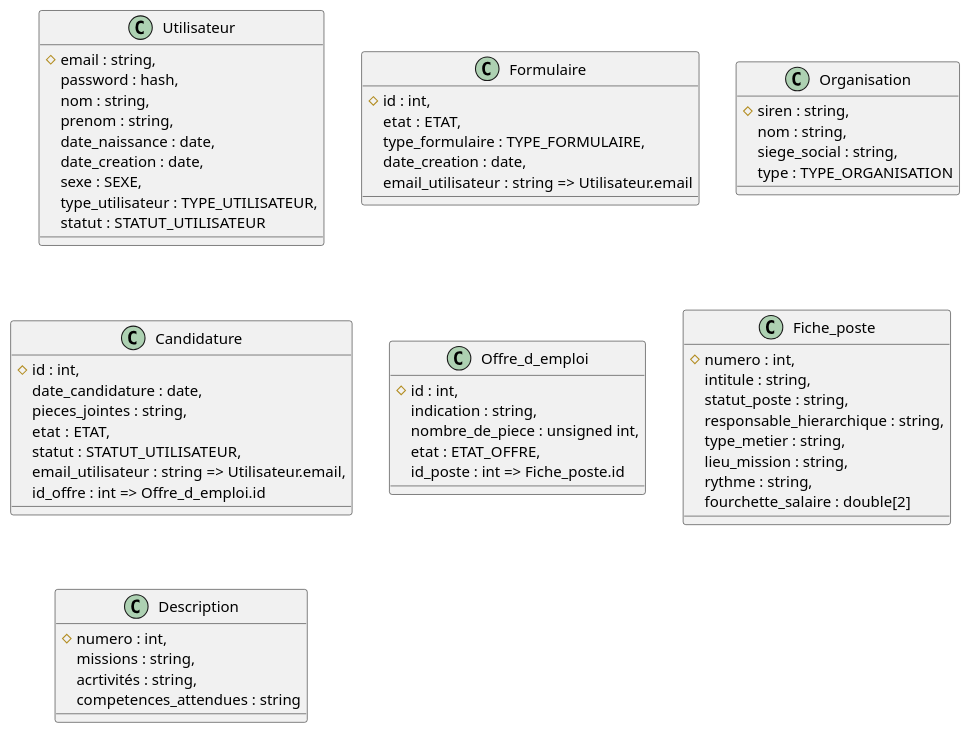
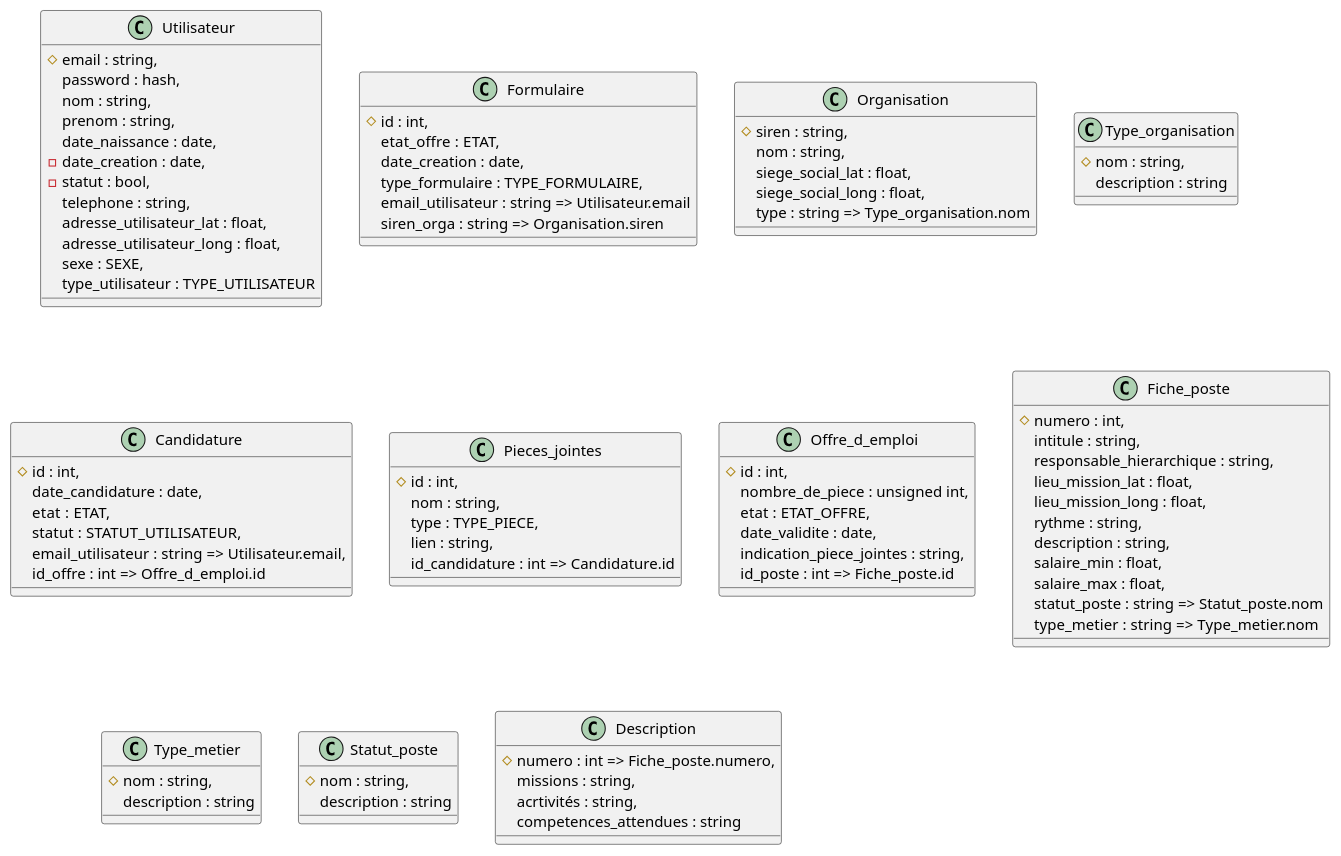
The diagram in assets/MLD/MLD.plantuml (sacha-sz/UTC-SR10), drawn with PlantUML before and after one commit. The commit also changed 1 other file, not shown here.

```diff
--- a/assets/MLD/MLD.plantuml
+++ b/assets/MLD/MLD.plantuml
@@ -1,83 +1,96 @@
 @startuml
 
-
-
 class Utilisateur{
-    #email : string, 
+    # email : string, 
     password : hash, 
     nom : string, 
     prenom : string, 
     date_naissance : date, 
-    date_creation : date, 
+    - date_creation : date,
+    - statut : bool,
+    telephone : string,
+    adresse_utilisateur_lat : float,
+    adresse_utilisateur_long : float,
     sexe : SEXE, 
-    type_utilisateur : TYPE_UTILISATEUR, 
-    statut : STATUT_UTILISATEUR
+    type_utilisateur : TYPE_UTILISATEUR 
 }
 
 class Formulaire{
     #id : int, 
-    etat : ETAT,
+    etat_offre : ETAT,
+    date_creation : date, 
     type_formulaire : TYPE_FORMULAIRE, 
-    date_creation : date, 
     email_utilisateur : string => Utilisateur.email
+    siren_orga : string => Organisation.siren
 }
 
 class Organisation{
     #siren : string, 
     nom : string, 
-    siege_social : string, 
-    type : TYPE_ORGANISATION
+    siege_social_lat : float,
+    siege_social_long : float,
+    type : string => Type_organisation.nom
+}
+
+class Type_organisation{
+    #nom : string, 
+    description : string
 }
 
 class  Candidature{
     #id : int, 
     date_candidature : date, 
-    pieces_jointes : string, 
     etat : ETAT, 
     statut : STATUT_UTILISATEUR, 
     email_utilisateur : string => Utilisateur.email, 
     id_offre : int => Offre_d_emploi.id
 }
 
+class Pieces_jointes {
+    #id : int, 
+    nom : string,
+    type : TYPE_PIECE,
+    lien : string,
+    id_candidature : int => Candidature.id
+}
+
 class Offre_d_emploi{
-    #id : int, 
-    indication : string, 
+    #id : int,  
     nombre_de_piece : unsigned int, 
-    etat : ETAT_OFFRE, 
+    etat : ETAT_OFFRE,
+    date_validite : date,
+    indication_piece_jointes : string,
     id_poste : int => Fiche_poste.id
 }
 
 class Fiche_poste{
     #numero : int, 
     intitule : string, 
-    statut_poste : string, 
     responsable_hierarchique : string, 
-    type_metier : string, 
-    lieu_mission : string, 
+    lieu_mission_lat : float,
+    lieu_mission_long : float,
     rythme : string, 
-    fourchette_salaire : double[2]
+    description : string,
+    salaire_min : float,
+    salaire_max : float,
+    statut_poste : string => Statut_poste.nom
+    type_metier : string => Type_metier.nom
+}
+
+class Type_metier{
+    #nom : string, 
+    description : string
+}
+
+class Statut_poste{
+    #nom : string, 
+    description : string
 }
 
 class Description{
-    #numero : int, 
+    #numero : int => Fiche_poste.numero, 
     missions : string, 
     acrtivités : string, 
     competences_attendues : string
 }
-
-' Utilisateur "0..1" -- "*" Utilisateur : valider demande de recruteur >
-' Utilisateur "*"-- "*" Utilisateur : peut_donner_acces_admin >
-
-' Offre_d_emploi "1..*" -- "1" Organisation : appartient à >
-' Offre_d_emploi "1..*" -- "1" Fiche_poste : contient >
-' Offre_d_emploi "1..*" -- "1" Utilisateur : est éditeur de <
-
-' Fiche_poste "1" -- "1" Description : contient >
-
-' Candidature "1..*" -- "1" Offre_d_emploi : concerne >
-' Candidature "1..*" -- "1" Utilisateur : est de >
-
-' Utilisateur "1" -- "1" Formulaire : doit remplir >
-' Formulaire "1" - "1" Organisation : concerne >
-
 @enduml
```
